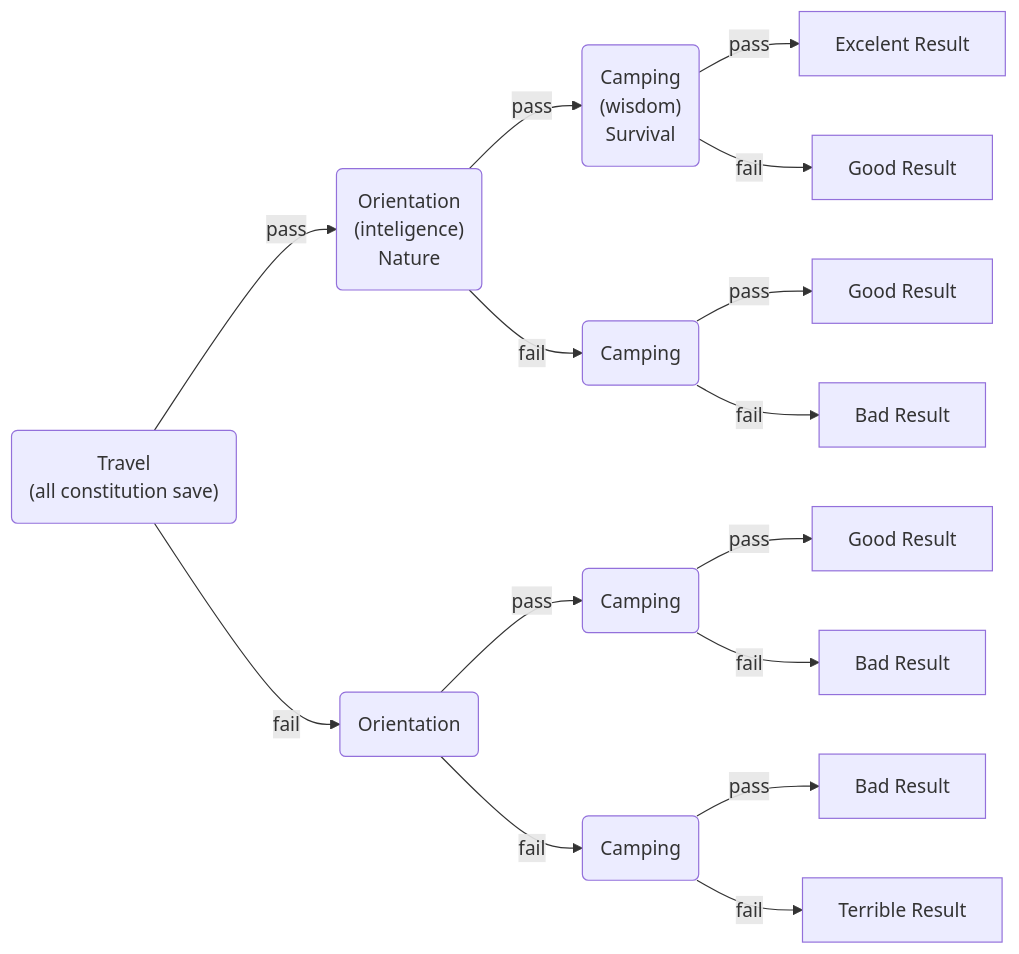
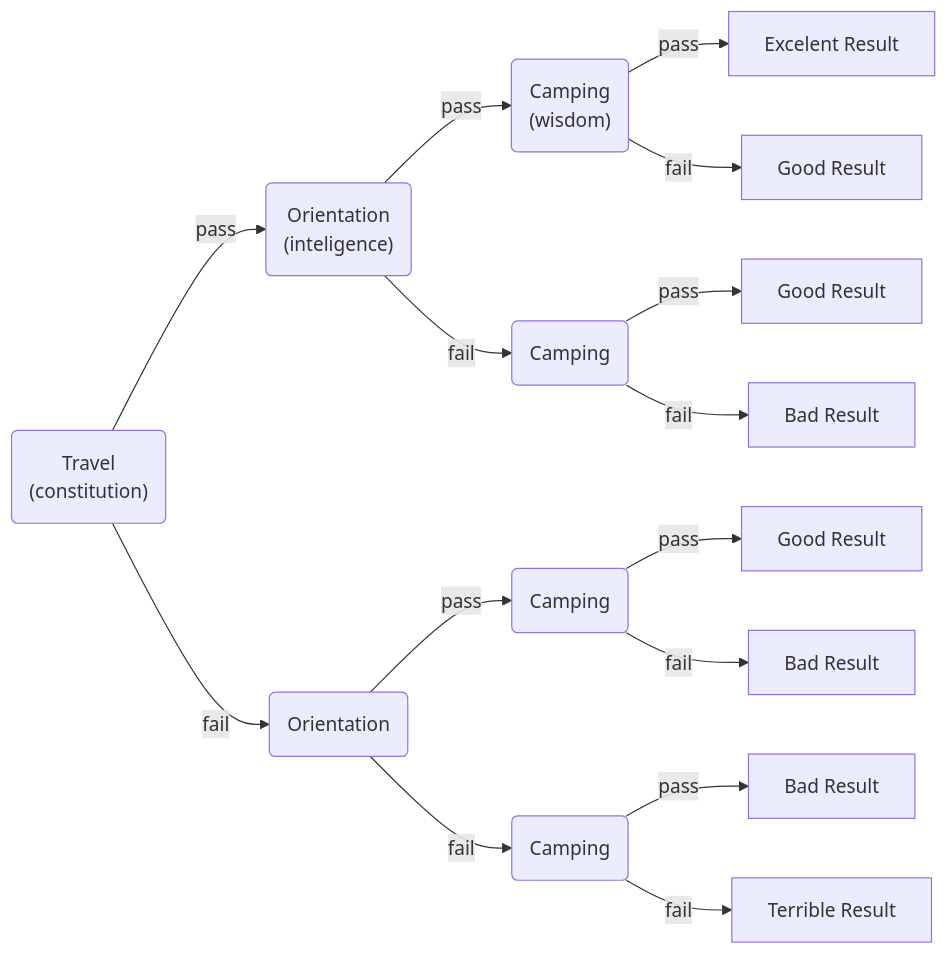
One commit to DZappala/dnd changed the diagram in episodes/Episode 16.md. Above: the diagram before and after it, drawn with Mermaid. The commit also changed other lines of this file and 6 other files, not shown here.

````diff
--- a/episodes/Episode 16.md
+++ b/episodes/Episode 16.md
@@ -30,20 +30,20 @@
 ```mermaid
 graph LR
-A("Travel</br> (all constitution save)")
-A --> |pass| B("Orientation</br> (inteligence)<br> Nature")
+A("Travel</br> (constitution)")
+A --> |pass| B("Orientation</br> (inteligence)")
 A --> |fail| C(Orientation)
-B --> |pass| D("Camping</br> (wisdom)<br> Survival")
+B --> |pass| D("Camping</br> (wisdom)")
 B --> |fail| E(Camping)
 C --> |pass| F(Camping)
 C --> |fail| G(Camping) 
 D --> |pass| H[Excelent Result]
 D --> |fail| I[Good Result]
 E --> |pass| J[Good Result]
 E --> |fail| K[Bad Result]
 F --> |pass| L[Good Result]
 F --> |fail| M[Bad Result]
 G --> |pass| N[Bad Result]
 G --> |fail| O[Terrible Result]
 
 
 ```
````
